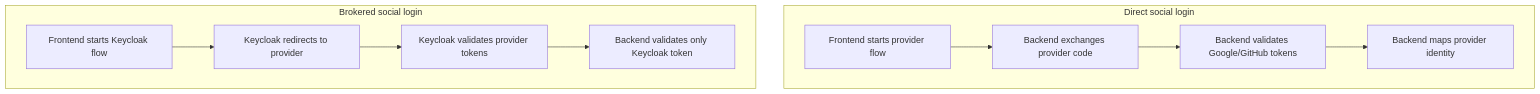
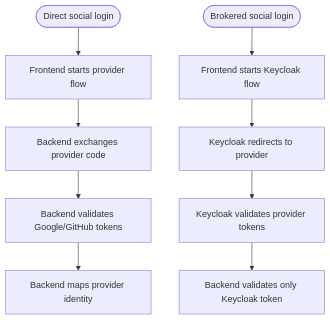
The eighth of 8 diagrams in docs/DIRECT_SOCIAL_LOGIN.md (slawekradzyminski/awesome-localstack), drawn with Mermaid before and after one commit. The commit also changed other lines of this file and 89 other files, not shown here.

First line of the commit message:
Commerce wave 3: payment-service, tracking, backend 3.15.0, frontend 3.12.0, docs wiki (#81)

````diff
--- a/docs/DIRECT_SOCIAL_LOGIN.md
+++ b/docs/DIRECT_SOCIAL_LOGIN.md
@@ -304,19 +293,11 @@
 ```mermaid
 flowchart TB
-    subgraph Direct["Direct social login"]
-        D1[Frontend starts provider flow]
-        D2[Backend exchanges provider code]
-        D3[Backend validates Google/GitHub tokens]
-        D4[Backend maps provider identity]
-    end
-
-    subgraph Brokered["Brokered social login"]
-        B1[Frontend starts Keycloak flow]
-        B2[Keycloak redirects to provider]
-        B3[Keycloak validates provider tokens]
-        B4[Backend validates only Keycloak token]
-    end
-
-    D1 --> D2 --> D3 --> D4
-    B1 --> B2 --> B3 --> B4
+    D0([Direct social login]) --> D1[Frontend starts provider flow]
+    D1 --> D2[Backend exchanges provider code]
+    D2 --> D3[Backend validates Google/GitHub tokens]
+    D3 --> D4[Backend maps provider identity]
+    B0([Brokered social login]) --> B1[Frontend starts Keycloak flow]
+    B1 --> B2[Keycloak redirects to provider]
+    B2 --> B3[Keycloak validates provider tokens]
+    B3 --> B4[Backend validates only Keycloak token]
 ```
````
